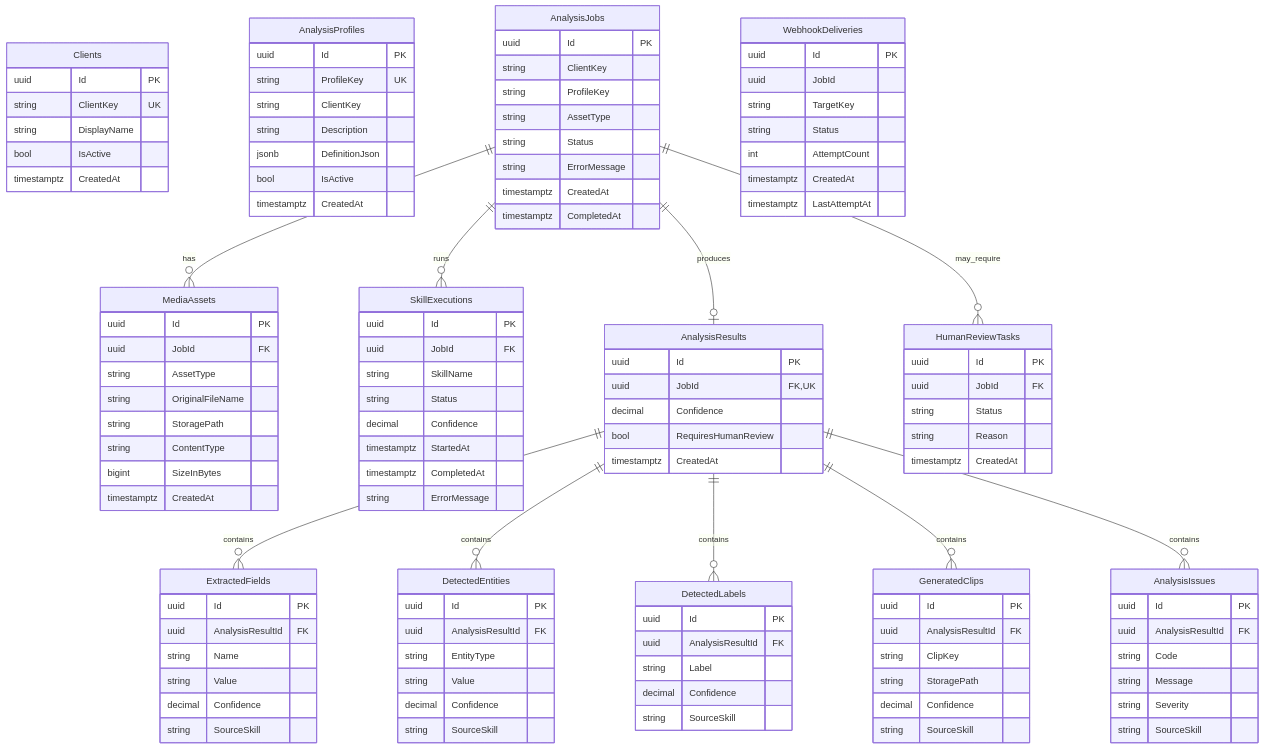
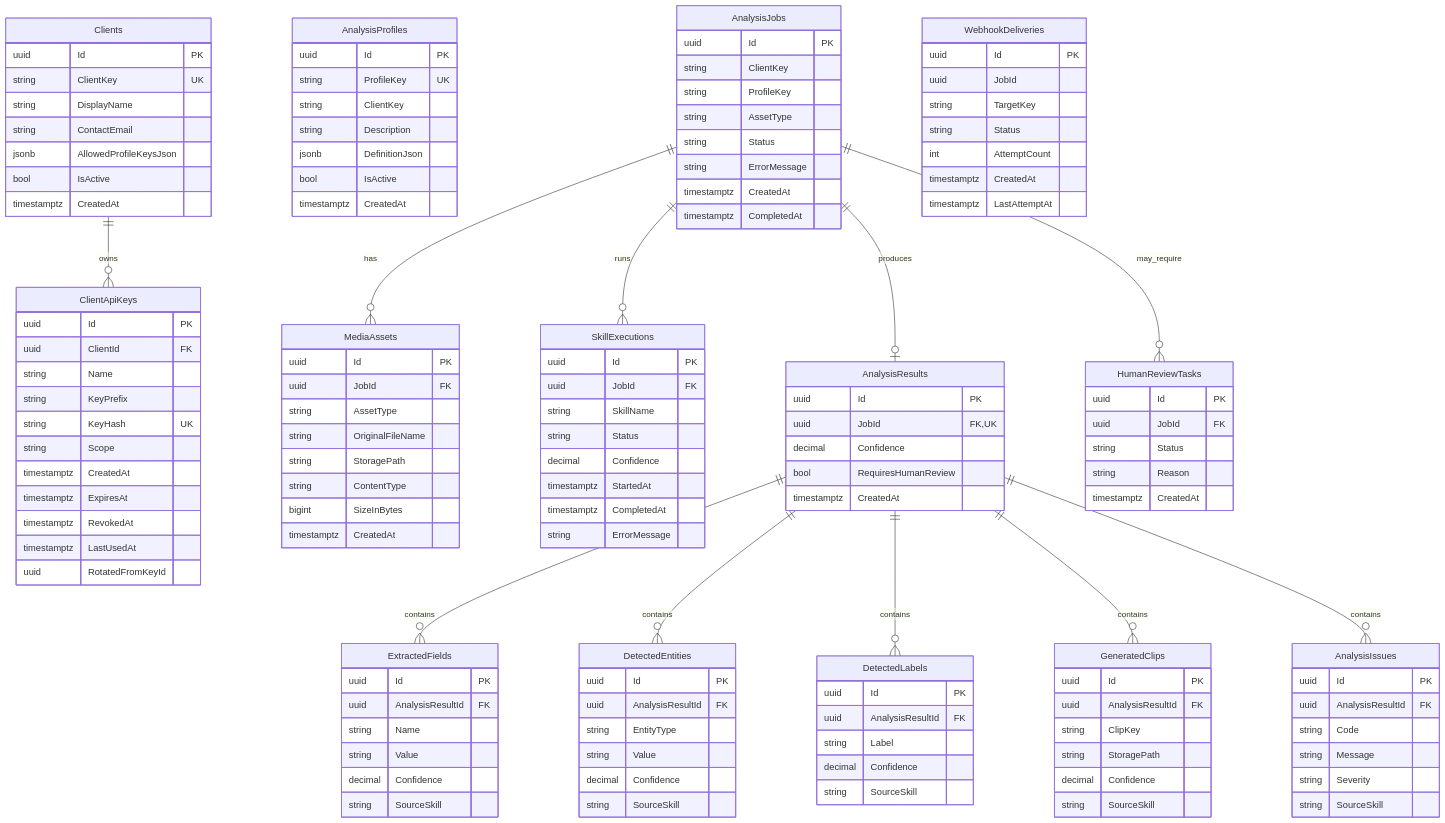
The eighth of 8 diagrams in README.md (lokomurdok89/DeValpo.MediaIntelligence), drawn with Mermaid before and after one commit. The commit also changed other lines of this file and 46 other files, not shown here.

```diff
--- a/README.md
+++ b/README.md
@@ -417,8 +455,24 @@
         uuid Id PK
         string ClientKey UK
         string DisplayName
+        string ContactEmail
+        jsonb AllowedProfileKeysJson
         bool IsActive
         timestamptz CreatedAt
+    }
+
+    ClientApiKeys {
+        uuid Id PK
+        uuid ClientId FK
+        string Name
+        string KeyPrefix
+        string KeyHash UK
+        string Scope
+        timestamptz CreatedAt
+        timestamptz ExpiresAt
+        timestamptz RevokedAt
+        timestamptz LastUsedAt
+        uuid RotatedFromKeyId
     }
 
     AnalysisProfiles {
@@ -534,6 +588,7 @@
         timestamptz LastAttemptAt
     }
 
+    Clients ||--o{ ClientApiKeys : owns
     AnalysisJobs ||--o{ MediaAssets : has
     AnalysisJobs ||--o{ SkillExecutions : runs
     AnalysisJobs ||--o| AnalysisResults : produces
```
